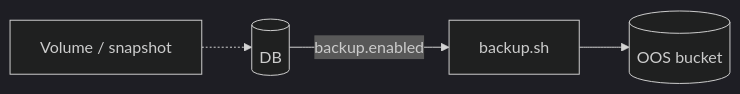
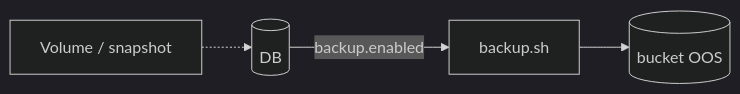
One commit to simondelamarre/bige-ops-releases changed the diagram in docs/oos.md. Above: the diagram before and after it, drawn with Mermaid (dark theme). The commit also changed other lines of this file and 58 other files, not shown here.

````diff
--- a/docs/oos.md
+++ b/docs/oos.md
@@ -5,6 +5,6 @@
 ```mermaid
 flowchart LR
   DB[(DB)] -->|backup.enabled| B[backup.sh]
-  B --> OOS[(OOS bucket)]
+  B --> OOS[(bucket OOS)]
   VOL[Volume / snapshot] -.-> DB
 ```
````
